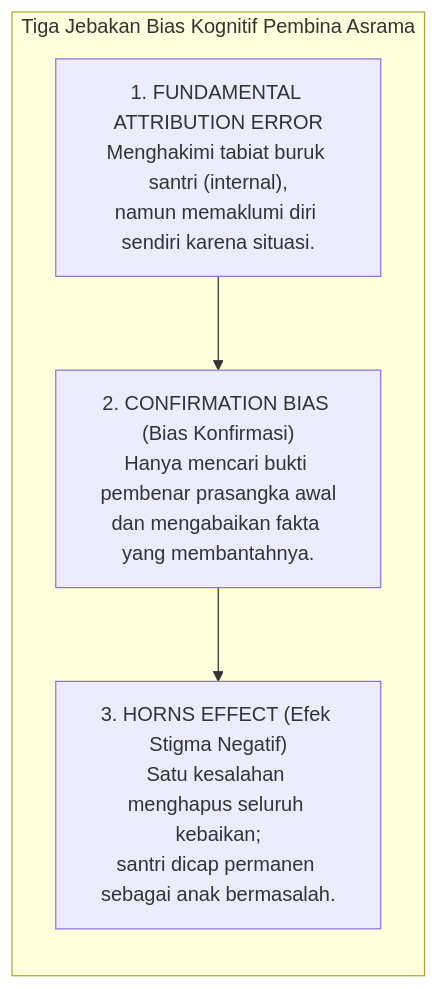
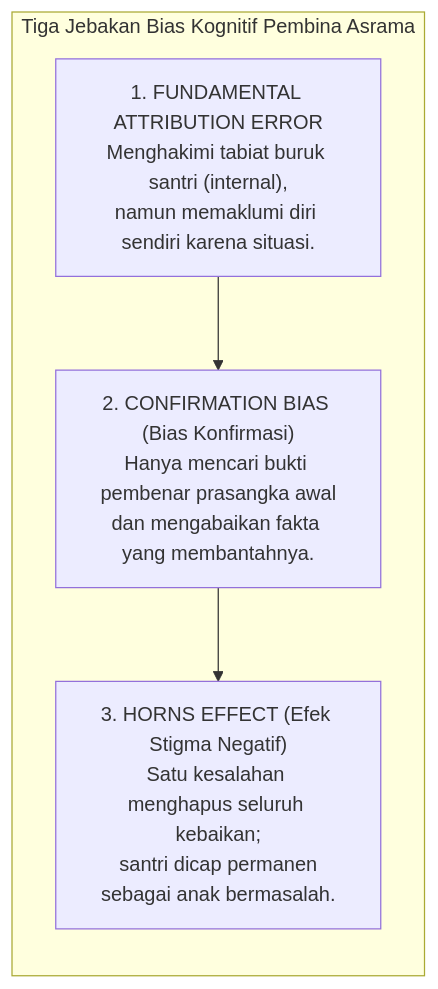
Before and after one commit to wandiapriliyandi/tumbuh: the fifth of 5 diagrams in BOOK Series 1/01-The-Fundamental-of-TUMBUH/Bab-03-Epistemologi-Terpadu-Wahyu-Nalar-dan-Fakta-Empiris.md, drawn with Mermaid. The commit also changed other lines of this file and 37 other files, not shown here.

Commit message:
fix(book-01): optimasi pemenggalan teks dan overflow seluruh diagram serta render ulang 20 PDF

````diff
--- a/BOOK Series 1/01-The-Fundamental-of-TUMBUH/Bab-03-Epistemologi-Terpadu-Wahyu-Nalar-dan-Fakta-Empiris.md
+++ b/BOOK Series 1/01-The-Fundamental-of-TUMBUH/Bab-03-Epistemologi-Terpadu-Wahyu-Nalar-dan-Fakta-Empiris.md
@@ -236,10 +236,10 @@
 ```mermaid
 graph TD
     subgraph TIGA_BIAS_PEMBINA["Tiga Jebakan Bias Kognitif Pembina Asrama"]
         direction TB
         B1["1. FUNDAMENTAL ATTRIBUTION ERROR<br/>Menghakimi tabiat buruk santri (internal),<br/>namun memaklumi diri sendiri karena situasi."]
         B2["2. CONFIRMATION BIAS (Bias Konfirmasi)<br/>Hanya mencari bukti pembenar prasangka awal<br/>dan mengabaikan fakta yang membantahnya."]
-        B3["3. HORNS EFFECT (Efek Stigma Negatif)<br/>Satu kesalahan menghapus seluruh kebaikan;<br/>santri dicap permanen sebagai anak bermasalah."]
+        B3["3. HORNS EFFECT (Efek Stigma Negatif)<br/>Satu kesalahan menghapus seluruh kebaikan;<br/>santri dicap permanen<br/>sebagai anak bermasalah."]
         B1 --> B2 --> B3
     end
 ```
````
